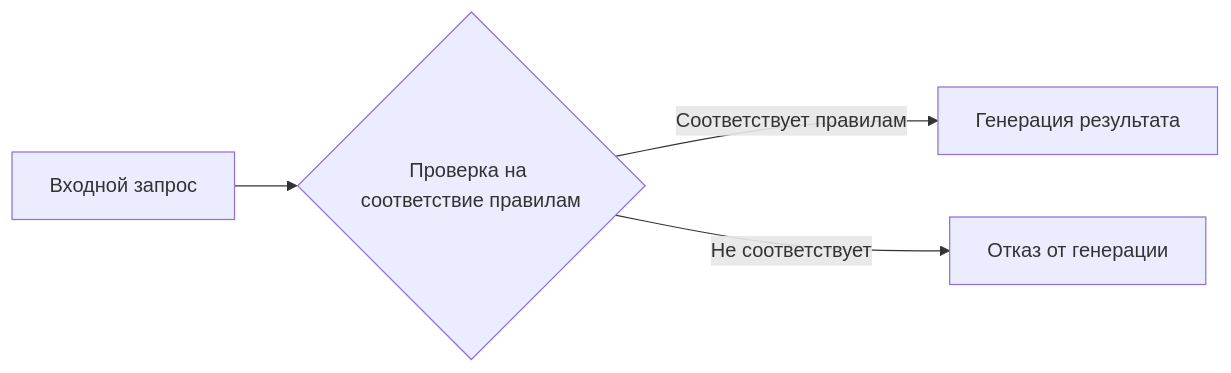
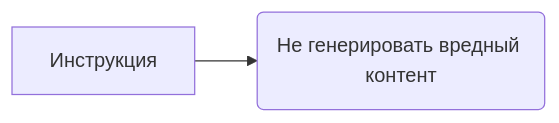
Before and after one commit to hypo69/hypo: the diagram in docs/gemini/ru/explainer/src/ai/tiny_troupe/TinyTroupe/tinytroupe/prompts/rai_harmful_content_prevention.md, drawn with Mermaid. The commit also changed other lines of this file and 632 other files, not shown here.

````diff
--- a/docs/gemini/ru/explainer/src/ai/tiny_troupe/TinyTroupe/tinytroupe/prompts/rai_harmful_content_prevention.md
+++ b/docs/gemini/ru/explainer/src/ai/tiny_troupe/TinyTroupe/tinytroupe/prompts/rai_harmful_content_prevention.md
@@ -15,6 +15,4 @@
 ```mermaid
 graph LR
-    A[Входной запрос] --> B{Проверка на соответствие правилам};
-    B -- Соответствует правилам --> C[Генерация результата];
-    B -- Не соответствует --> D[Отказ от генерации];
+    A[Инструкция] --> B(Не генерировать вредный контент);
 ```
````
